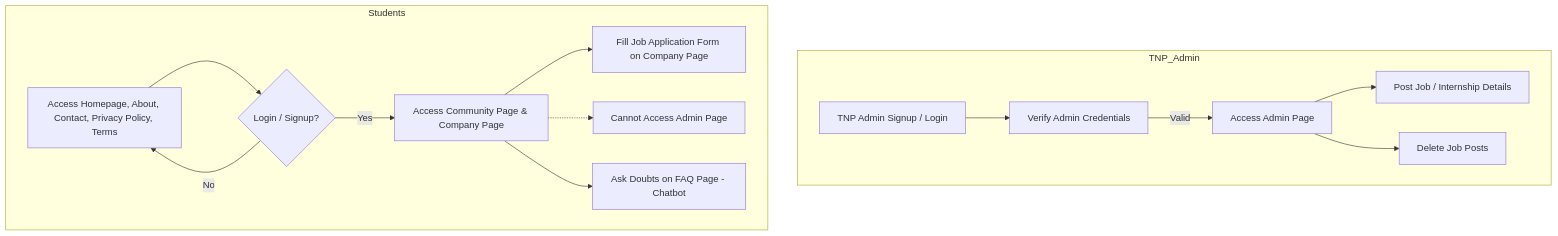
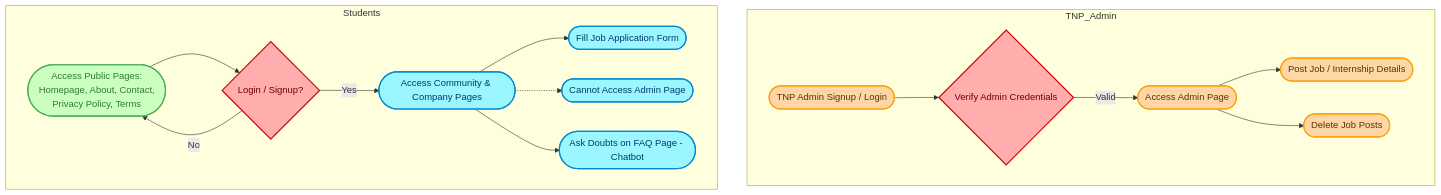
The diagram in README.md (deepak-pandey1/BPIT-CareerHub), drawn with Mermaid before and after one commit.

````diff
--- a/README.md
+++ b/README.md
@@ -9,24 +9,30 @@
 ```mermaid
 graph TD
+    %% Define styles
+    classDef adminNode fill:#ffd6a5,stroke:#ff9e0d,stroke-width:2px,color:#5a3300,rounded
+    classDef studentNode fill:#9bf6ff,stroke:#0288d1,stroke-width:2px,color:#003a6b,rounded
+    classDef publicNode fill:#caffbf,stroke:#4caf50,stroke-width:2px,color:#2e7d32,rounded
+    classDef decisionNode fill:#ffadad,stroke:#d00000,stroke-width:2px,color:#700000,diamond
+
     %% TNP Admin Flow
     subgraph TNP_Admin
-        A1[TNP Admin Signup / Login] --> B1[Verify Admin Credentials]
-        B1 -->|Valid| C1[Access Admin Page]
-        C1 --> D1[Post Job / Internship Details]
-        C1 --> E1[Delete Job Posts]
+        A1([TNP Admin Signup / Login]):::adminNode --> B1{Verify Admin Credentials}:::decisionNode
+        B1 -->|Valid| C1([Access Admin Page]):::adminNode
+        C1 --> D1([Post Job / Internship Details]):::adminNode
+        C1 --> E1([Delete Job Posts]):::adminNode
     end
 
     %% Students Flow
     subgraph Students
-        F1[Access Homepage, About, Contact, Privacy Policy, Terms] --> G1{Login / Signup?}
-        G1 -->|Yes| H1[Access Community Page & Company Page]
+        F1([Access Public Pages:<br>Homepage, About, Contact,<br>Privacy Policy, Terms]):::publicNode --> G1{Login / Signup?}:::decisionNode
+        G1 -->|Yes| H1([Access Community & Company Pages]):::studentNode
         G1 -->|No| F1
 
-        H1 --> I1[Fill Job Application Form on Company Page]
-        H1 -.-> J1[Cannot Access Admin Page]
+        H1 --> I1([Fill Job Application Form]):::studentNode
+        H1 -.-> J1([Cannot Access Admin Page]):::studentNode
 
-        %% Also show FAQ chatbot access after login
-        H1 --> K1[Ask Doubts on FAQ Page - Chatbot]
+        H1 --> K1([Ask Doubts on FAQ Page - Chatbot]):::studentNode
     end
 
+
 ```
````
